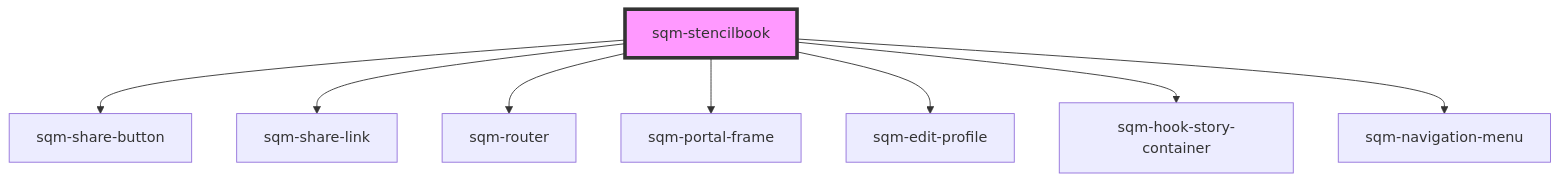
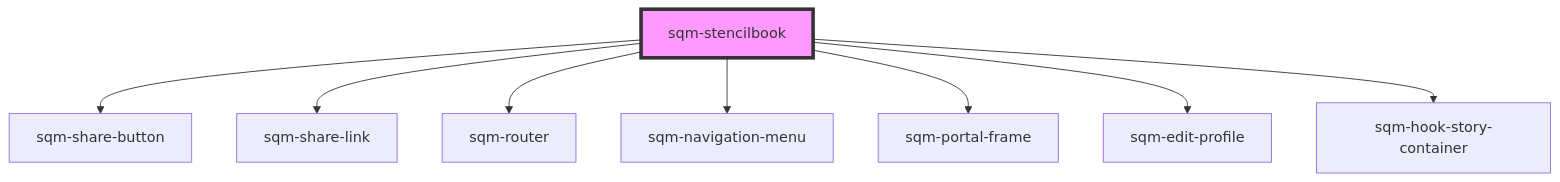
The diagram in packages/mint-components/src/components/sqm-stencilbook/readme.md (saasquatch/program-tools), drawn with Mermaid before and after one commit. The commit also changed other lines of this file and 1 other file, not shown here.

````diff
--- a/packages/mint-components/src/components/sqm-stencilbook/readme.md
+++ b/packages/mint-components/src/components/sqm-stencilbook/readme.md
@@ -21,11 +21,11 @@
 ```mermaid
 graph TD;
   sqm-stencilbook --> sqm-share-button
   sqm-stencilbook --> sqm-share-link
   sqm-stencilbook --> sqm-router
+  sqm-stencilbook --> sqm-navigation-menu
   sqm-stencilbook --> sqm-portal-frame
   sqm-stencilbook --> sqm-edit-profile
   sqm-stencilbook --> sqm-hook-story-container
-  sqm-stencilbook --> sqm-navigation-menu
   style sqm-stencilbook fill:#f9f,stroke:#333,stroke-width:4px
 ```
````
